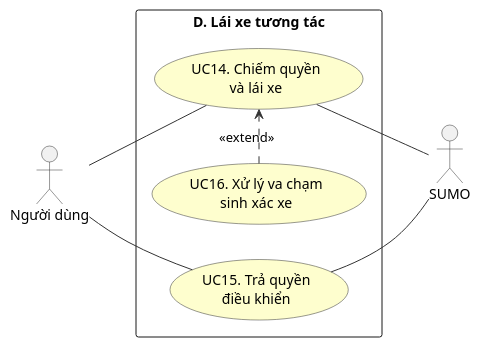
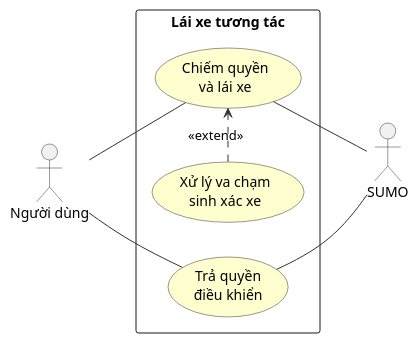
The diagram in DiagramsCode/hinh2.6-usecase-nhom-D.puml (MinhHoang137/SUMO-GR1), drawn with PlantUML before and after one commit. The commit also changed 80 other files, not shown here.

```diff
--- a/DiagramsCode/hinh2.6-usecase-nhom-D.puml
+++ b/DiagramsCode/hinh2.6-usecase-nhom-D.puml
@@ -1,25 +1,25 @@
 @startuml hinh2.6-usecase-nhom-D
 left to right direction
 skinparam packageStyle rectangle
 skinparam usecaseBorderColor #333333
 skinparam usecaseBackgroundColor #FEFECE
 skinparam actorBorderColor #333333
 skinparam ArrowColor #333333
 
 actor "Người dùng" as User
 actor "SUMO" as SUMO
 
-rectangle "D. Lái xe tương tác" {
-  usecase "UC14. Chiếm quyền\nvà lái xe" as UC14
-  usecase "UC15. Trả quyền\nđiều khiển" as UC15
-  usecase "UC16. Xử lý va chạm\nsinh xác xe" as UC16
+rectangle "Lái xe tương tác" {
+  usecase "Chiếm quyền\nvà lái xe" as UC14
+  usecase "Trả quyền\nđiều khiển" as UC15
+  usecase "Xử lý va chạm\nsinh xác xe" as UC16
 }
 
 User -- UC14
 User -- UC15
 UC14 -- SUMO
 UC15 -- SUMO
 
 UC16 .> UC14 : <<extend>>
 
 @enduml
```
